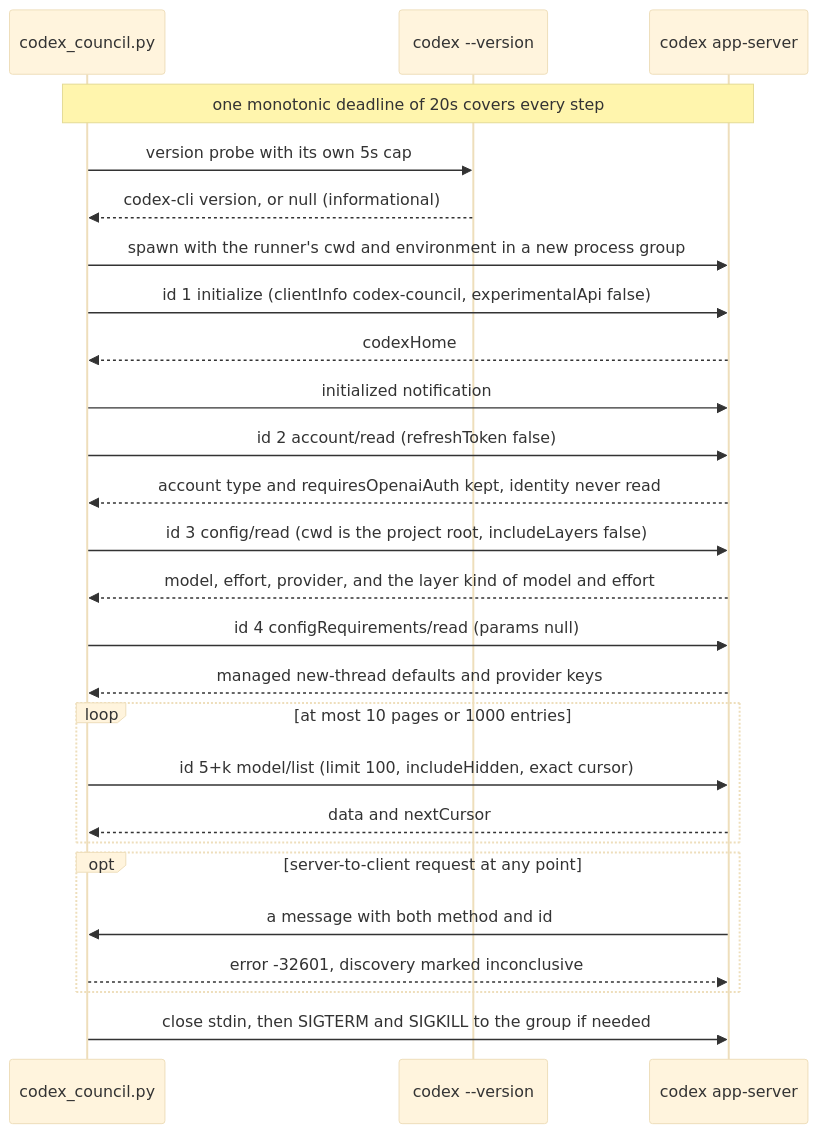
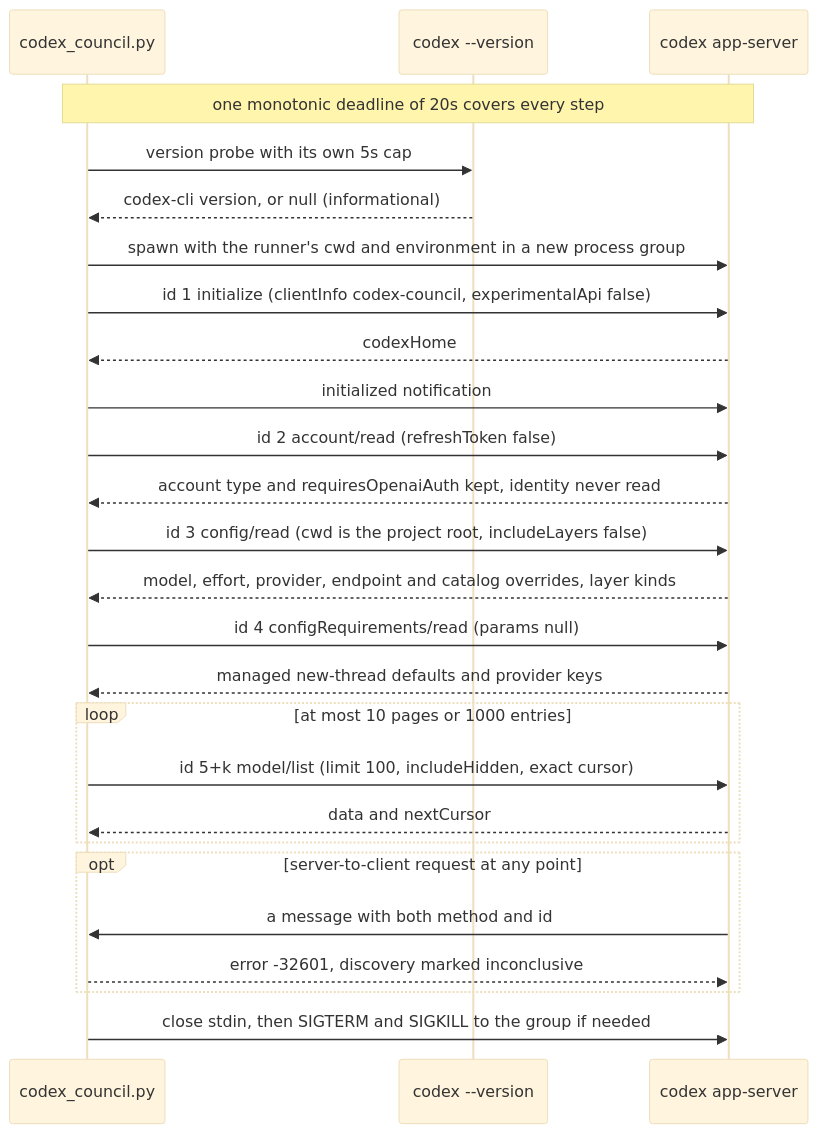
Before and after one commit to ehzawad/codex-council: the second of 5 diagrams in DESIGN.md, drawn with Mermaid (base theme). The commit also changed other lines of this file and 18 other files, not shown here.

````diff
--- a/DESIGN.md
+++ b/DESIGN.md
@@ -393,29 +423,29 @@
 ```mermaid
 sequenceDiagram
     participant R as codex_council.py
     participant V as codex --version
     participant A as codex app-server
 
     Note over R,A: one monotonic deadline of 20s covers every step
     R->>V: version probe with its own 5s cap
     V-->>R: codex-cli version, or null (informational)
     R->>A: spawn with the runner's cwd and environment in a new process group
     R->>A: id 1 initialize (clientInfo codex-council, experimentalApi false)
     A-->>R: codexHome
     R->>A: initialized notification
     R->>A: id 2 account/read (refreshToken false)
     A-->>R: account type and requiresOpenaiAuth kept, identity never read
     R->>A: id 3 config/read (cwd is the project root, includeLayers false)
-    A-->>R: model, effort, provider, and the layer kind of model and effort
+    A-->>R: model, effort, provider, endpoint and catalog overrides, layer kinds
     R->>A: id 4 configRequirements/read (params null)
     A-->>R: managed new-thread defaults and provider keys
     loop at most 10 pages or 1000 entries
         R->>A: id 5+k model/list (limit 100, includeHidden, exact cursor)
         A-->>R: data and nextCursor
     end
     opt server-to-client request at any point
         A->>R: a message with both method and id
         R-->>A: error -32601, discovery marked inconclusive
     end
     R->>A: close stdin, then SIGTERM and SIGKILL to the group if needed
 ```
````
